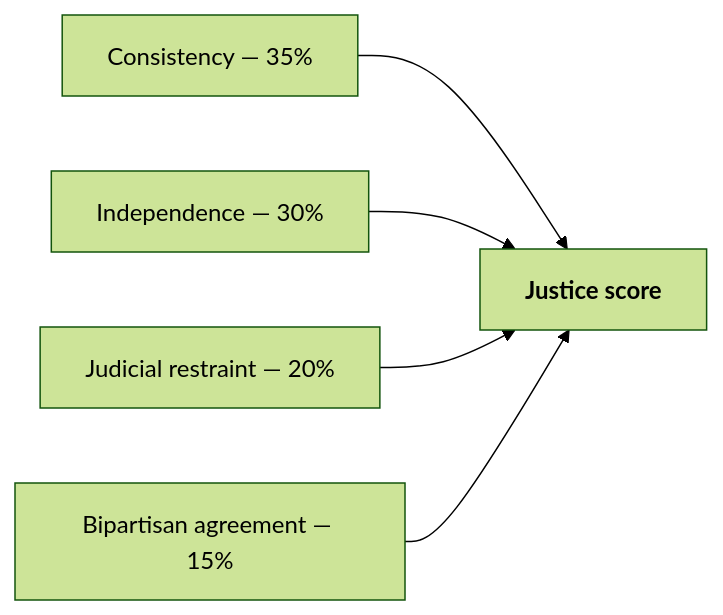
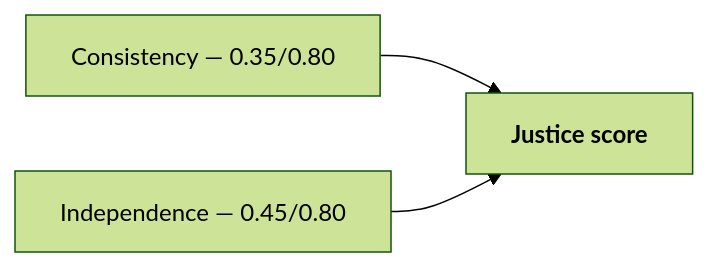
One commit to kamoras/civitas changed the third of 3 diagrams in docs/diagrams/05-scoring.md. Above: the diagram before and after it, drawn with Mermaid (forest theme). The commit also changed other lines of this file and 171 other files, not shown here.

````diff
--- a/docs/diagrams/05-scoring.md
+++ b/docs/diagrams/05-scoring.md
@@ -117,7 +116,5 @@
 ```mermaid
 flowchart LR
-    JC["Consistency — 35%"] --> JOVR["<b>Justice score</b>"]
-    JI["Independence — 30%"] --> JOVR
-    JR["Judicial restraint — 20%"] --> JOVR
-    JB["Bipartisan agreement — 15%"] --> JOVR
+    JC["Consistency — 0.35/0.80"] --> JOVR["<b>Justice score</b>"]
+    JI["Independence — 0.45/0.80"] --> JOVR
 ```
````
